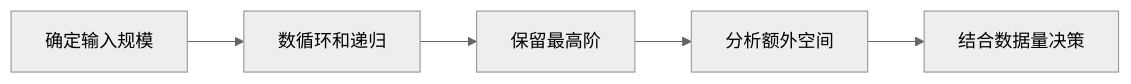
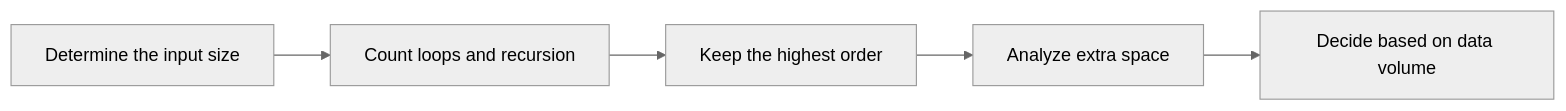
Before and after one commit to HONGLEI111/hhlblog-global: the second of 2 diagrams in src/content/technology/time-space-complexity.md, drawn with Mermaid (neutral theme). The commit also changed other lines of this file and 33 other files, not shown here.

First line of the commit message:
content(code): 翻译 mermaid 图节点标签（34 文件 / 267 处）

````diff
--- a/src/content/technology/time-space-complexity.md
+++ b/src/content/technology/time-space-complexity.md
@@ -246,7 +246,7 @@
 ```mermaid
 graph LR
-    A[确定输入规模] --> B[数循环和递归]
-    B --> C[保留最高阶]
-    C --> D[分析额外空间]
-    D --> E[结合数据量决策]
+    A[Determine the input size] --> B[Count loops and recursion]
+    B --> C[Keep the highest order]
+    C --> D[Analyze extra space]
+    D --> E[Decide based on data volume]
 ```
````
